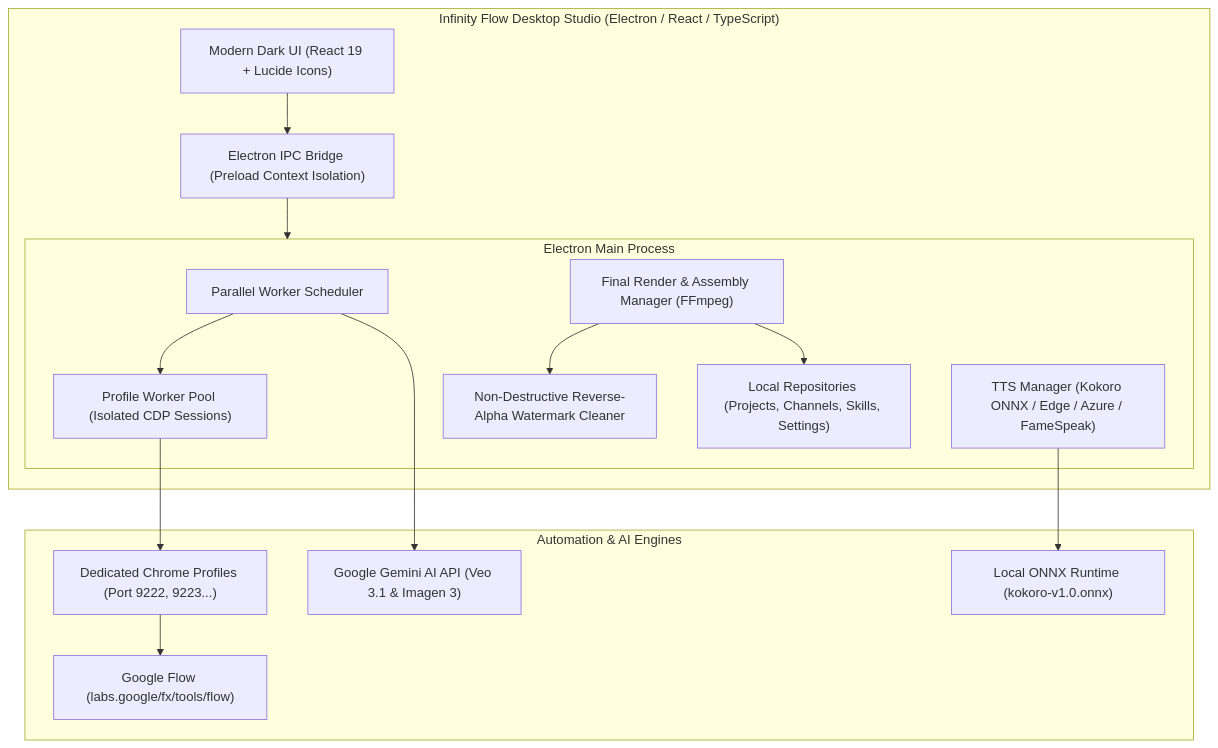
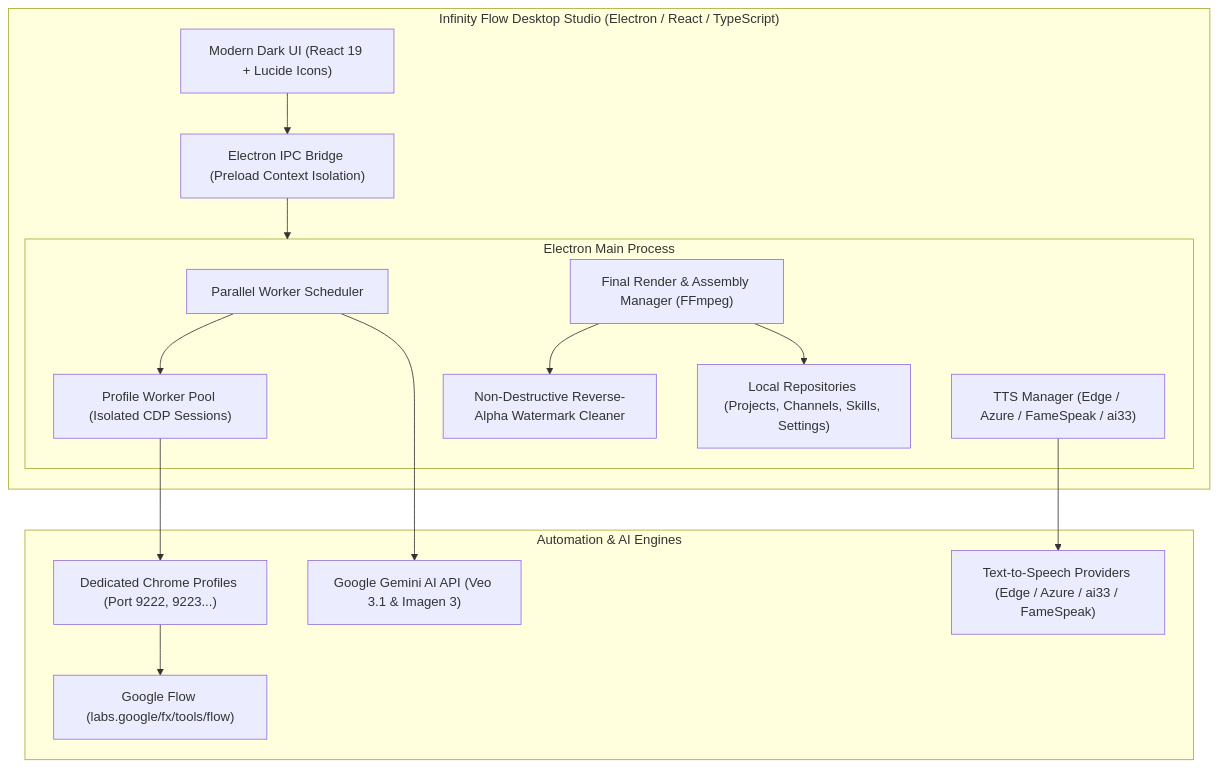
Before and after one commit to aiautomation786786/Automist-Labs-Flow: the diagram in README.md, drawn with Mermaid. The commit also changed other lines of this file and 28 other files, not shown here.

Commit message:
Permanently remove Kokoro TTS, ONNX dependencies, neural models, and references across application

````diff
--- a/README.md
+++ b/README.md
@@ -74,32 +73,32 @@
 ```mermaid
 flowchart TB
     subgraph DesktopApp["Infinity Flow Desktop Studio (Electron / React / TypeScript)"]
         UI["Modern Dark UI (React 19 + Lucide Icons)"]
         IPC["Electron IPC Bridge (Preload Context Isolation)"]
         
         subgraph MainProcess["Electron Main Process"]
             Scheduler["Parallel Worker Scheduler"]
             WorkerPool["Profile Worker Pool (Isolated CDP Sessions)"]
-            TtsManager["TTS Manager (Kokoro ONNX / Edge / Azure / FameSpeak)"]
+            TtsManager["TTS Manager (Edge / Azure / FameSpeak / ai33)"]
             RenderManager["Final Render & Assembly Manager (FFmpeg)"]
             PostProcessing["Non-Destructive Reverse-Alpha Watermark Cleaner"]
             Storage["Local Repositories (Projects, Channels, Skills, Settings)"]
         end
     end
 
     subgraph ExternalEngines["Automation & AI Engines"]
         ChromeProfiles["Dedicated Chrome Profiles (Port 9222, 9223...)"]
         GoogleFlow["Google Flow (labs.google/fx/tools/flow)"]
         GeminiAPI["Google Gemini AI API (Veo 3.1 & Imagen 3)"]
-        KokoroEngine["Local ONNX Runtime (kokoro-v1.0.onnx)"]
+        TtsEngines["Text-to-Speech Providers (Edge / Azure / ai33 / FameSpeak)"]
     end
 
     UI --> IPC
     IPC --> MainProcess
     Scheduler --> WorkerPool
     WorkerPool --> ChromeProfiles --> GoogleFlow
     Scheduler --> GeminiAPI
-    TtsManager --> KokoroEngine
+    TtsManager --> TtsEngines
     RenderManager --> PostProcessing
     RenderManager --> Storage
 ```
````
